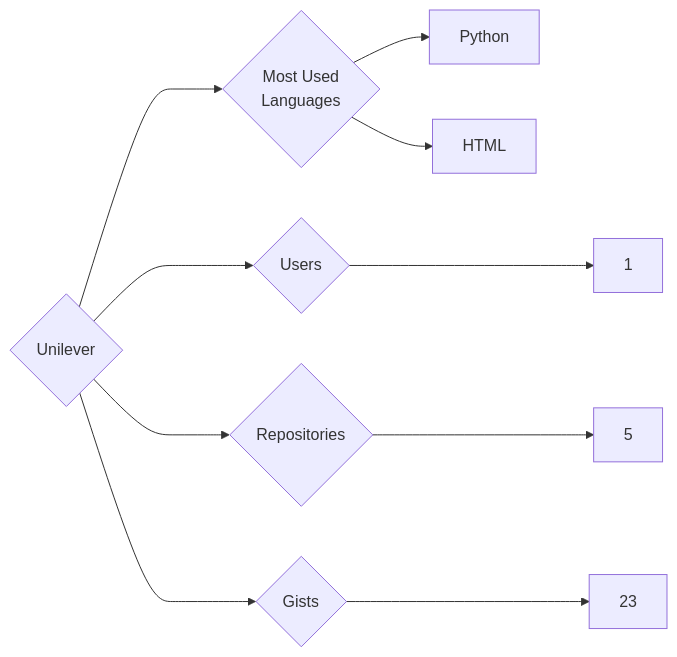
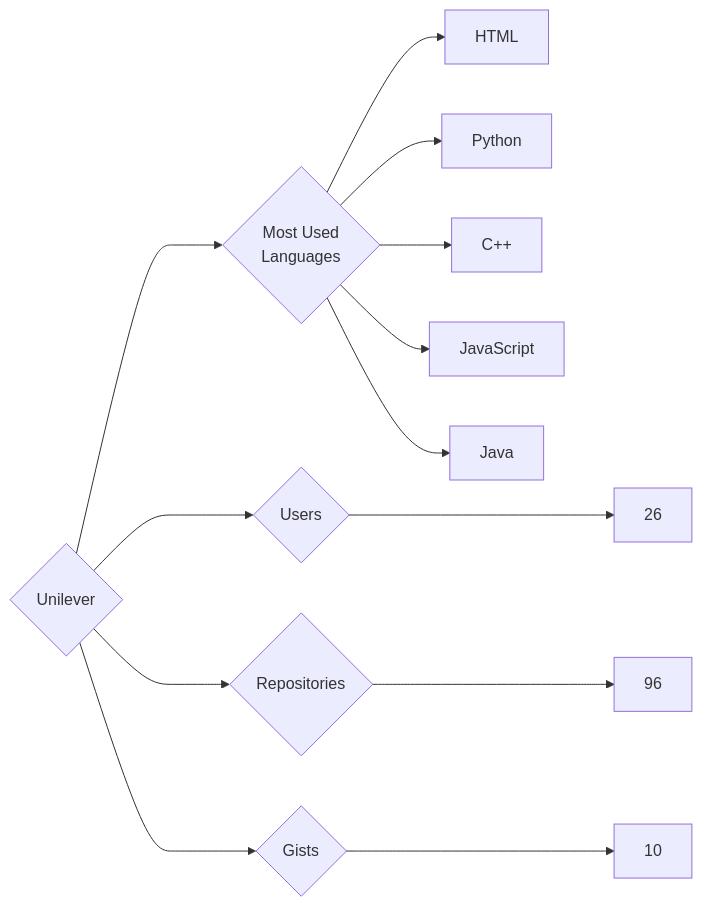
One commit to trickest/insiders changed the diagram in targets/Unilever/README.md. Above: the diagram before and after it, drawn with Mermaid. The commit also changed 948 other files, not shown here.

````diff
--- a/targets/Unilever/README.md
+++ b/targets/Unilever/README.md
@@ -3,10 +3,13 @@
 ```mermaid
 graph LR
 COMPANY_NAME{Unilever}
-COMPANY_NAME ---> U{Users} ---> UN[1]
-COMPANY_NAME ---> R{Repositories} ---> RN[5]
-COMPANY_NAME ---> G{Gists} ---> GN[23]
+COMPANY_NAME ---> U{Users} ---> UN[26]
+COMPANY_NAME ---> R{Repositories} ---> RN[96]
+COMPANY_NAME ---> G{Gists} ---> GN[10]
 COMPANY_NAME ---> ML{Most Used<br>Languages}
+ML --> HTML[HTML]
 ML --> Python[Python]
-ML --> HTML[HTML]
+ML --> C++[C++]
+ML --> JavaScript[JavaScript]
+ML --> Java[Java]
 ```
````
